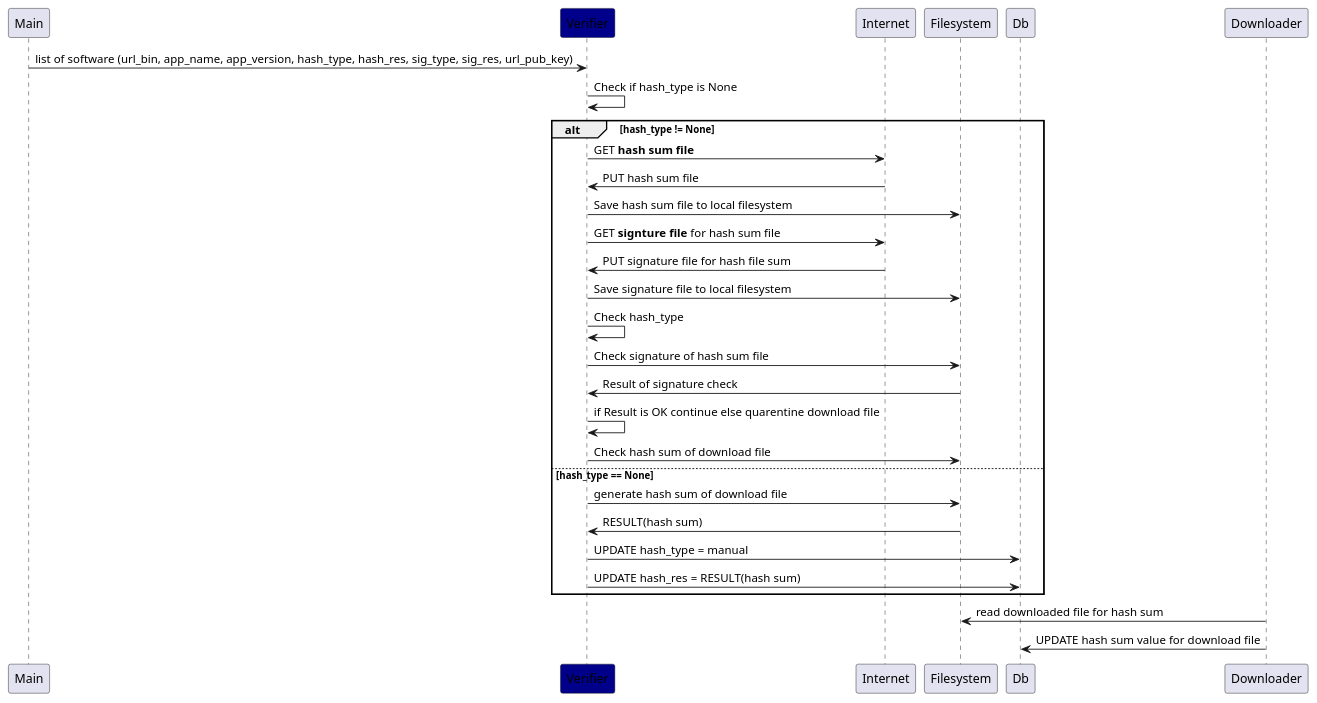
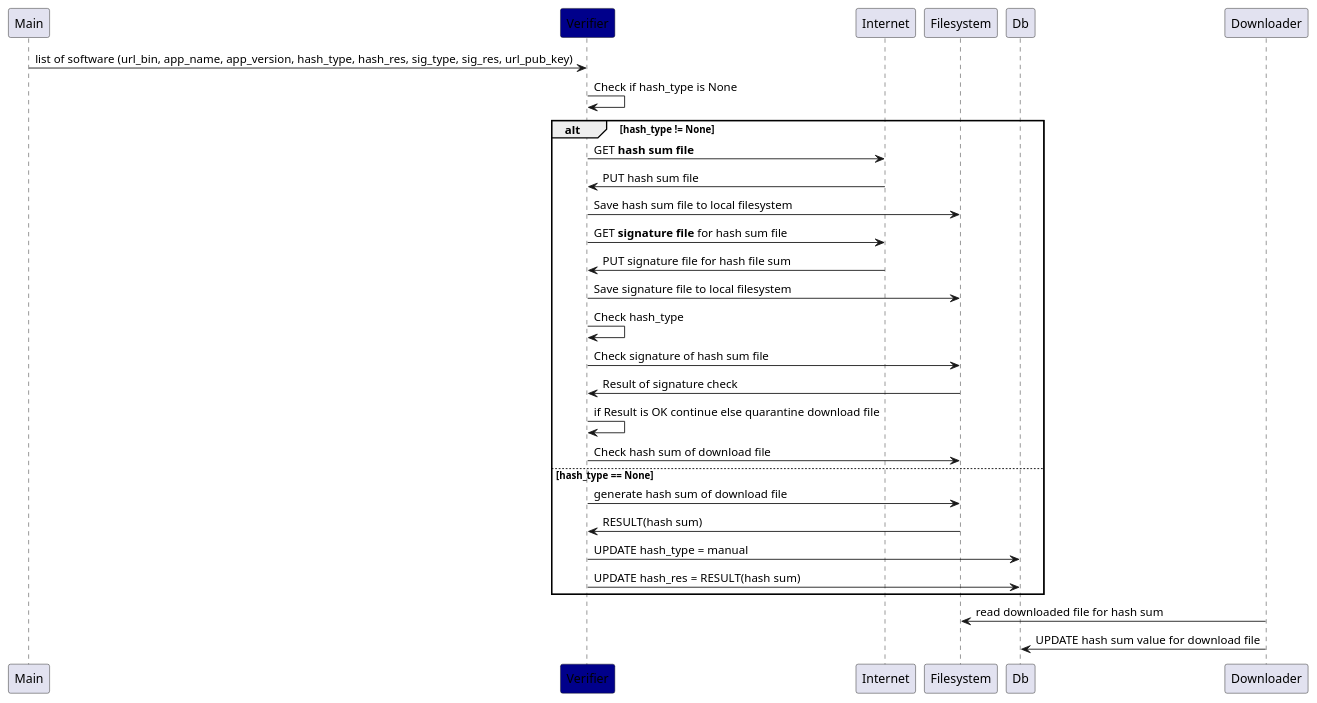
The diagram in doc/diagrams/verifier_sequence.puml (berkholz/Aid), drawn with PlantUML before and after one commit. The commit also changed 6 other files, not shown here.

```diff
--- a/doc/diagrams/verifier_sequence.puml
+++ b/doc/diagrams/verifier_sequence.puml
@@ -1,38 +1,38 @@
 @startuml
 participant Main
 participant Verifier #darkblue
 participant Internet
 participant Filesystem
 
 Main -> Verifier: list of software (url_bin, app_name, app_version, hash_type, hash_res, sig_type, sig_res, url_pub_key)
 
 Verifier -> Verifier : Check if hash_type is None
 
 alt hash_type != None
    Verifier -> Internet : GET **hash sum file**
    Internet -> Verifier : PUT hash sum file
    Verifier -> Filesystem : Save hash sum file to local filesystem
 
-   Verifier -> Internet : GET **signture file** for hash sum file
+   Verifier -> Internet : GET **signature file** for hash sum file
    Internet -> Verifier : PUT signature file for hash file sum
    Verifier -> Filesystem : Save signature file to local filesystem
 
 
 
    Verifier -> Verifier : Check hash_type
    Verifier -> Filesystem : Check signature of hash sum file
    Filesystem -> Verifier : Result of signature check
-   Verifier -> Verifier : if Result is OK continue else quarentine download file
+   Verifier -> Verifier : if Result is OK continue else quarantine download file
    Verifier -> Filesystem : Check hash sum of download file
 
 
 else hash_type == None
    Verifier -> Filesystem : generate hash sum of download file
    Filesystem -> Verifier : RESULT(hash sum)
    Verifier -> Db : UPDATE hash_type = manual
    Verifier -> Db : UPDATE hash_res = RESULT(hash sum)
 end
 
 Downloader -> Filesystem : read downloaded file for hash sum
 Downloader -> Db : UPDATE hash sum value for download file
 @enduml
```
